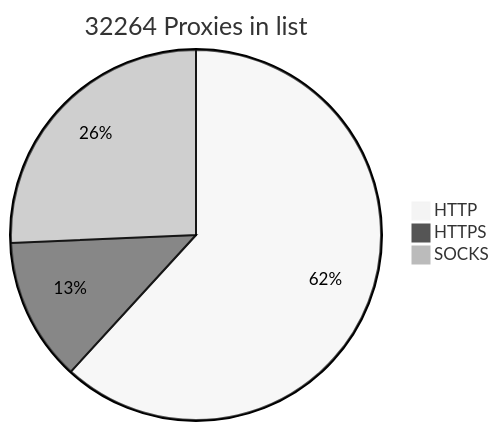
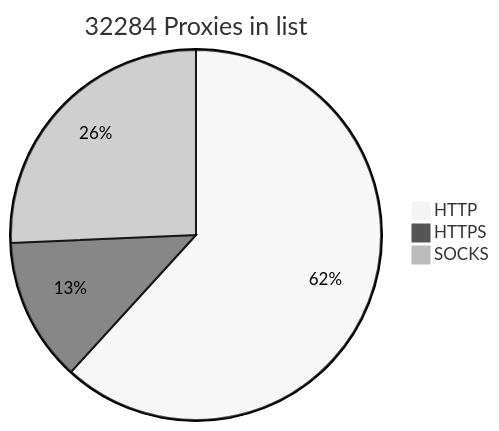
The diagram in README.md (BlackSnowDot/proxylist-update-every-minute), drawn with Mermaid (neutral theme) before and after one commit.

````diff
--- a/README.md
+++ b/README.md
@@ -2,6 +2,6 @@
 ```mermaid
-pie title 32264 Proxies in list
-    "HTTP" : 22023
-    "HTTPS": 4457
-    "SOCKS" : 9157
+pie title 32284 Proxies in list
+    "HTTP" : 22030
+    "HTTPS": 4472
+    "SOCKS" : 9164
 ```
````
